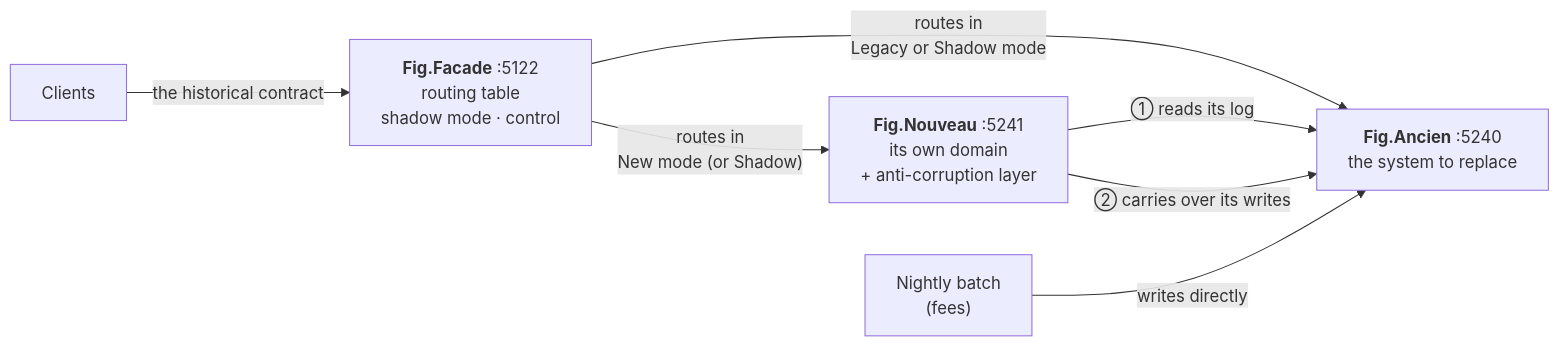
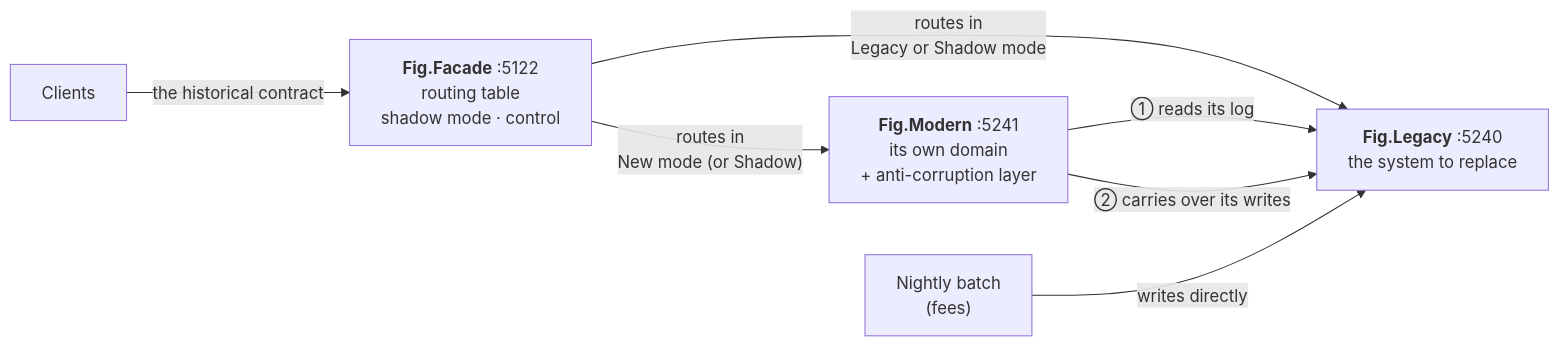
One commit to drangoht/ArchitecturesDemo changed the second of 4 diagrams in Docs/en/22-strangler-fig.md. Above: the diagram before and after it, drawn with Mermaid. The commit also changed other lines of this file and 78 other files, not shown here.

First line of the commit message:
Docs EN : identifiants, liens, diagrammes et sorties alignés sur le code anglais

````diff
--- a/Docs/en/22-strangler-fig.md
+++ b/Docs/en/22-strangler-fig.md
@@ -51,9 +50,9 @@
 ```mermaid
 flowchart LR
     CL["Clients"] -->|"the historical contract"| FA["<b>Fig.Facade</b> :5122<br/>routing table<br/>shadow mode · control"]
-    FA -->|"routes in<br/>Legacy or Shadow mode"| AN["<b>Fig.Ancien</b> :5240<br/>the system to replace"]
-    FA -->|"routes in<br/>New mode (or Shadow)"| NO["<b>Fig.Nouveau</b> :5241<br/>its own domain<br/>+ anti-corruption layer"]
+    FA -->|"routes in<br/>Legacy or Shadow mode"| AN["<b>Fig.Legacy</b> :5240<br/>the system to replace"]
+    FA -->|"routes in<br/>New mode (or Shadow)"| NO["<b>Fig.Modern</b> :5241<br/>its own domain<br/>+ anti-corruption layer"]
     NO -->|"① reads its log"| AN
     NO -->|"② carries over its writes"| AN
     NU["Nightly batch<br/>(fees)"] -->|"writes directly"| AN
 ```
````
